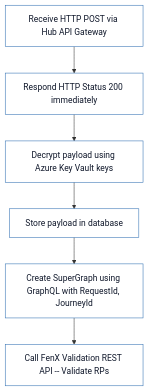
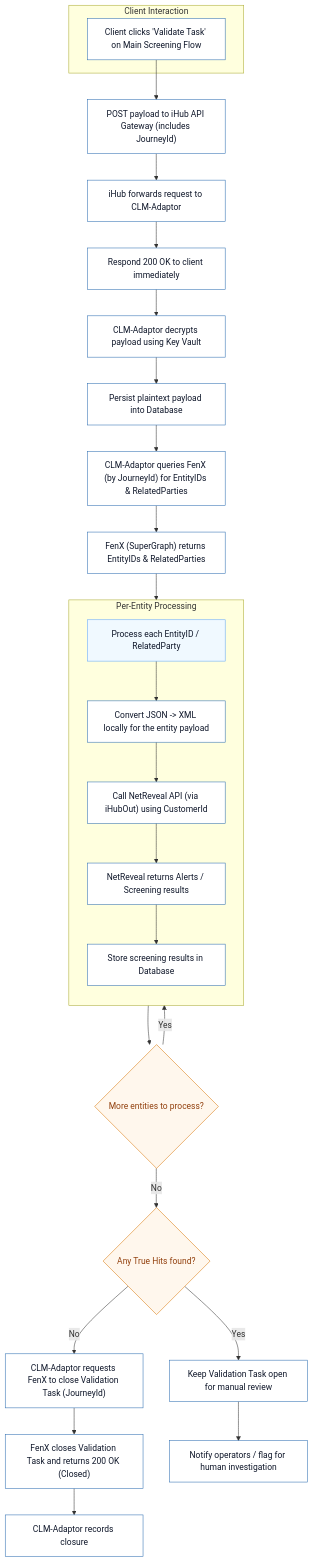
One commit to jojokoshy/Architecture_Diagrams_Python_AI changed the diagram in Arch_Diagrams/validateflow.mmd. Above: the diagram before and after it, drawn with Mermaid. The commit also changed other lines of this file, not shown here.

Commit message:
Refactor: Redesign validateflow diagram to enhance clarity and detail of client interaction and entity processing

```diff
--- a/Arch_Diagrams/validateflow.mmd
+++ b/Arch_Diagrams/validateflow.mmd
@@ -1,14 +1,46 @@
 %%{init: {"theme":"default","themeVariables": {"background":"#ffffff","fontSize":"14"}}}%%
 flowchart TB
 
 %% Shared styles (matching AlertsFlow)
 classDef step fill:#ffffff,stroke:#2b6cb0,color:#0f172a,stroke-width:1px;
 classDef decision fill:#fff7ed,stroke:#d97706,color:#92400e,stroke-width:1px;
 classDef loop fill:#f0f9ff,stroke:#60a5fa,color:#0f172a,stroke-width:1px;
 classDef footer fill:#ffffff,stroke:none,color:#0f172a;
 
-A[Receive HTTP POST via Hub API Gateway]:::step --> B[Respond HTTP Status 200 immediately]:::step
-B --> C[Decrypt payload using Azure Key Vault keys]:::step
-C --> D[Store payload in database]:::step
-D --> E[Create SuperGraph using GraphQL with RequestId, JourneyId]:::step 
-E --> FenX[Call FenX Validation REST API -- Validate RPs]:::step
+subgraph ClientFlow[Client Interaction]
+  A["Client clicks 'Validate Task' on Main Screening Flow"]:::step
+end
+
+A --> B["POST payload to iHub API Gateway (includes JourneyId)"]:::step
+B --> C["iHub forwards request to CLM-Adaptor"]:::step
+C --> D["Respond 200 OK to client immediately"]:::step
+D --> E["CLM-Adaptor decrypts payload using Key Vault"]:::step
+E --> F["Persist plaintext payload into Database"]:::step
+F --> G["CLM-Adaptor queries FenX (by JourneyId) for EntityIDs & RelatedParties"]:::step
+G --> H["FenX (SuperGraph) returns EntityIDs & RelatedParties"]:::step
+
+subgraph EntityLoop[Per-Entity Processing]
+  direction TB
+  I["Process each EntityID / RelatedParty"]:::loop
+  I --> J["Convert JSON -> XML locally for the entity payload"]:::step
+  J --> K["Call NetReveal API (via iHubOut) using CustomerId"]:::step
+  K --> L["NetReveal returns Alerts / Screening results"]:::step
+  L --> M["Store screening results in Database"]:::step
+end
+
+H --> I
+M --> N{More entities to process?}:::decision
+N -->|Yes| I
+N -->|No| O{Any True Hits found?}:::decision
+
+
+O -->|No| P["CLM-Adaptor requests FenX to close Validation Task (JourneyId)"]:::step
+P --> Q["FenX closes Validation Task and returns 200 OK (Closed)"]:::step
+Q --> R["CLM-Adaptor records closure"]:::step
+
+O -->|Yes| S["Keep Validation Task open for manual review"]:::step
+S --> T["Notify operators / flag for human investigation"]:::step
+
+class A,B,C,D,E,F,G,H,J,K,L,M,P,Q,R,S,T step
+class O,N decision
+class I loop
```
